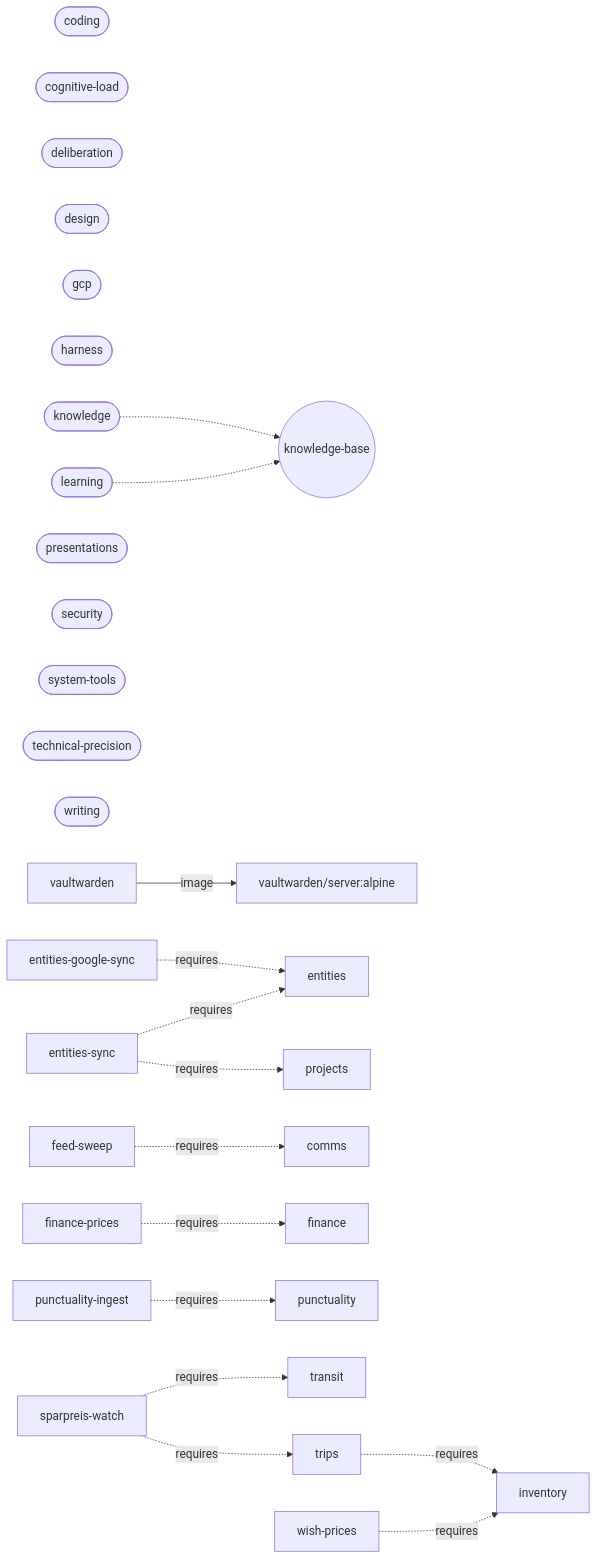
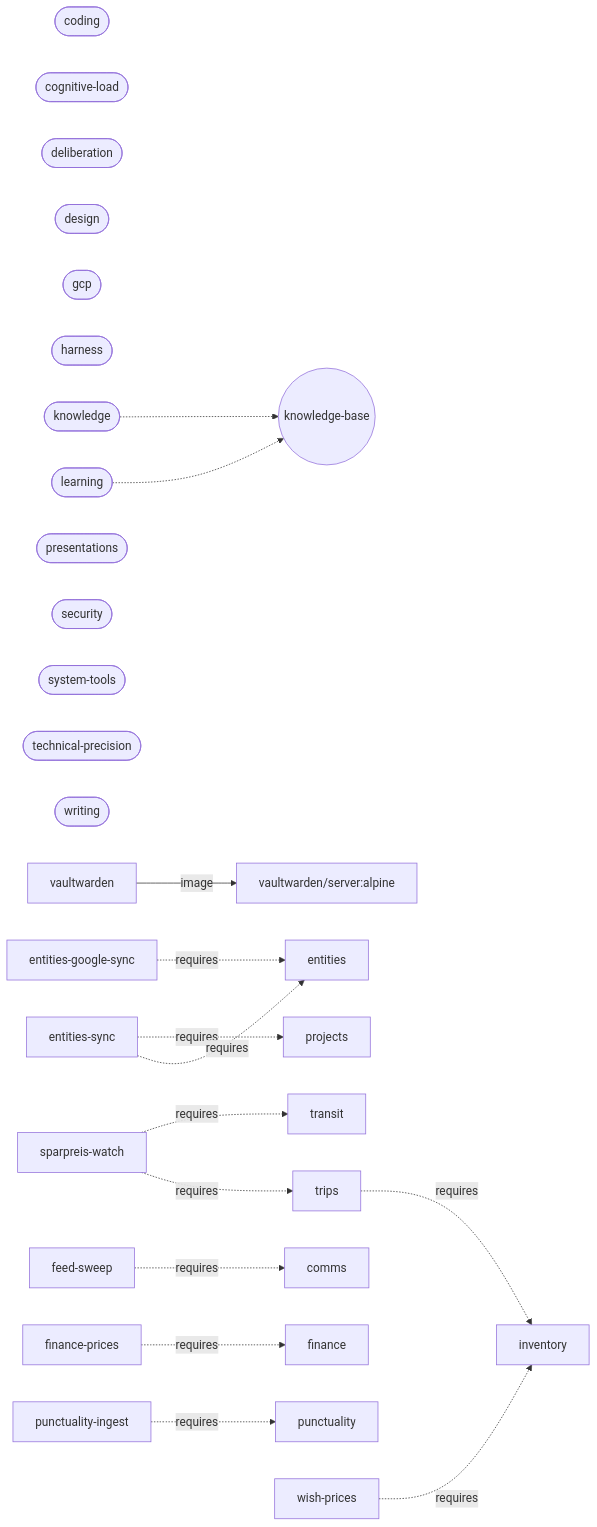
One commit to larsboes/Sjel changed the diagram in ARCHITECTURE.md. Above: the diagram before and after it, drawn with Mermaid. The commit also changed other lines of this file and 1226 other files, not shown here.

````diff
--- a/ARCHITECTURE.md
+++ b/ARCHITECTURE.md
@@ -168,29 +168,29 @@
 ```mermaid
 flowchart LR
   pack_coding(["coding"])
   pack_cognitive_load(["cognitive-load"])
   pack_deliberation(["deliberation"])
   pack_design(["design"])
   pack_gcp(["gcp"])
   pack_harness(["harness"])
   pack_knowledge(["knowledge"])
   pack_knowledge -.-> sys_knowledge_base(("knowledge-base"))
   pack_learning(["learning"])
   pack_learning -.-> sys_knowledge_base(("knowledge-base"))
   pack_presentations(["presentations"])
   pack_security(["security"])
   pack_system_tools(["system-tools"])
   pack_technical_precision(["technical-precision"])
   pack_writing(["writing"])
   cap_vaultwarden["vaultwarden"] -->|image| img_vaultwarden_server["vaultwarden/server:alpine"]
+  cap_trips["trips"] -.->|requires| cap_inventory["inventory"]
   cap_entities_google_sync["entities-google-sync"] -.->|requires| cap_entities["entities"]
   cap_entities_sync["entities-sync"] -.->|requires| cap_projects["projects"]
   cap_entities_sync["entities-sync"] -.->|requires| cap_entities["entities"]
   cap_feed_sweep["feed-sweep"] -.->|requires| cap_comms["comms"]
   cap_finance_prices["finance-prices"] -.->|requires| cap_finance["finance"]
   cap_punctuality_ingest["punctuality-ingest"] -.->|requires| cap_punctuality["punctuality"]
   cap_sparpreis_watch["sparpreis-watch"] -.->|requires| cap_transit["transit"]
   cap_sparpreis_watch["sparpreis-watch"] -.->|requires| cap_trips["trips"]
-  cap_trips["trips"] -.->|requires| cap_inventory["inventory"]
   cap_wish_prices["wish-prices"] -.->|requires| cap_inventory["inventory"]
 ```
````
